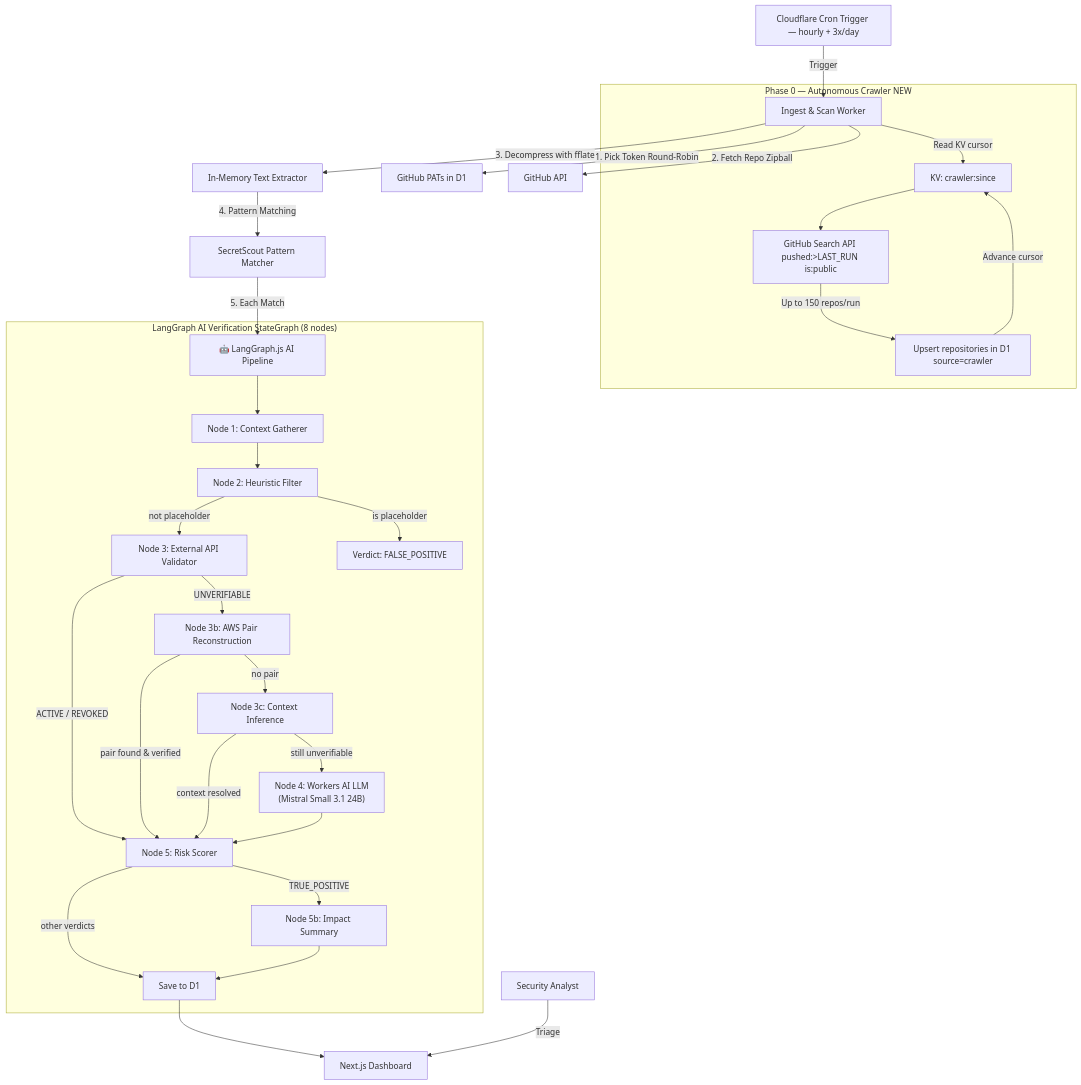
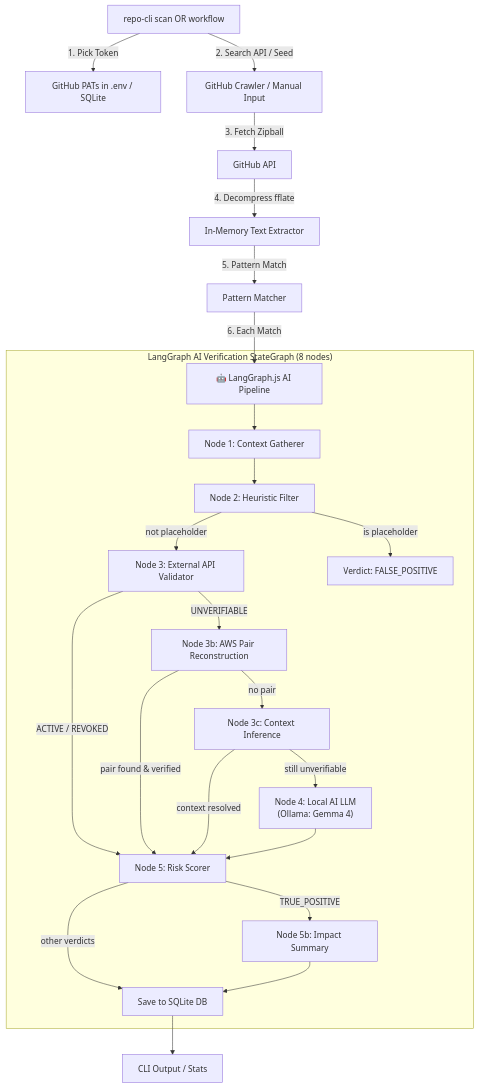
The diagram in README.md (Teycir/RepoScout), drawn with Mermaid before and after one commit. The commit also changed other lines of this file and 53 other files, not shown here.

````diff
--- a/README.md
+++ b/README.md
@@ -226,37 +155,28 @@
 ```mermaid
 graph TD
-    Cron[Cloudflare Cron Trigger — hourly + 3x/day] -->|Trigger| ScanWorker[Ingest & Scan Worker]
-
-    subgraph "Phase 0 — Autonomous Crawler NEW"
-        ScanWorker -->|Read KV cursor| KVCursor[KV: crawler:since]
-        KVCursor --> SearchAPI[GitHub Search API pushed:>LAST_RUN is:public]
-        SearchAPI -->|Up to 150 repos/run| Upsert[Upsert repositories in D1 source=crawler]
-        Upsert -->|Advance cursor| KVCursor
-    end
-
-    ScanWorker -->|1. Pick Token Round-Robin| TokenPool[GitHub PATs in D1]
-    ScanWorker -->|2. Fetch Repo Zipball| GitHub[GitHub API]
-    ScanWorker -->|3. Decompress with fflate| Extractor[In-Memory Text Extractor]
-    Extractor -->|4. Pattern Matching| Matcher[SecretScout Pattern Matcher]
-    Matcher -->|5. Each Match| LangGraph[🤖 LangGraph.js AI Pipeline]
+    CLI[repo-cli scan OR workflow] -->|1. Pick Token| TokenPool[GitHub PATs in .env / SQLite]
+    CLI -->|2. Search API / Seed| Crawl[GitHub Crawler / Manual Input]
+    Crawl -->|3. Fetch Zipball| GitHub[GitHub API]
+    GitHub -->|4. Decompress fflate| Extractor[In-Memory Text Extractor]
+    Extractor -->|5. Pattern Match| Matcher[Pattern Matcher]
+    Matcher -->|6. Each Match| LangGraph[🤖 LangGraph.js AI Pipeline]
 
     subgraph "LangGraph AI Verification StateGraph (8 nodes)"
         LangGraph --> N1[Node 1: Context Gatherer]
         N1 --> N2[Node 2: Heuristic Filter]
         N2 -->|not placeholder| N3[Node 3: External API Validator]
         N2 -->|is placeholder| FP[Verdict: FALSE_POSITIVE]
         N3 -->|ACTIVE / REVOKED| N5[Node 5: Risk Scorer]
         N3 -->|UNVERIFIABLE| N3b[Node 3b: AWS Pair Reconstruction]
         N3b -->|pair found & verified| N5
         N3b -->|no pair| N3c[Node 3c: Context Inference]
         N3c -->|context resolved| N5
-        N3c -->|still unverifiable| N4["Node 4: Workers AI LLM<br/>(Mistral Small 3.1 24B)"]
+        N3c -->|still unverifiable| N4["Node 4: Local AI LLM<br/>(Ollama: Gemma 4)"]
         N4 --> N5
         N5 -->|TRUE_POSITIVE| N5b[Node 5b: Impact Summary]
-        N5 -->|other verdicts| Done[Save to D1]
+        N5 -->|other verdicts| Done[Save to SQLite DB]
         N5b --> Done
     end
 
-    Done --> Dashboard[Next.js Dashboard]
-    Analyst[Security Analyst] -->|Triage| Dashboard
+    Done --> CLIStats[CLI Output / Stats]
 ```
````
